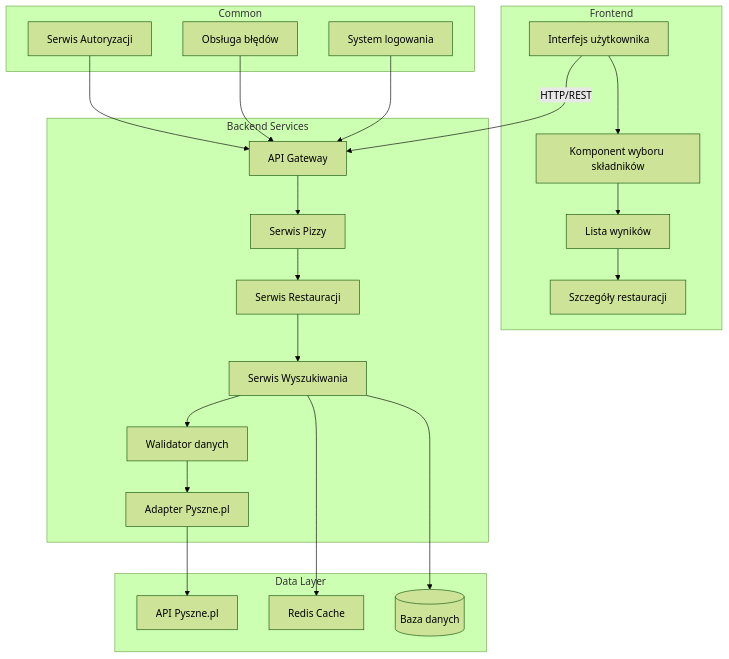
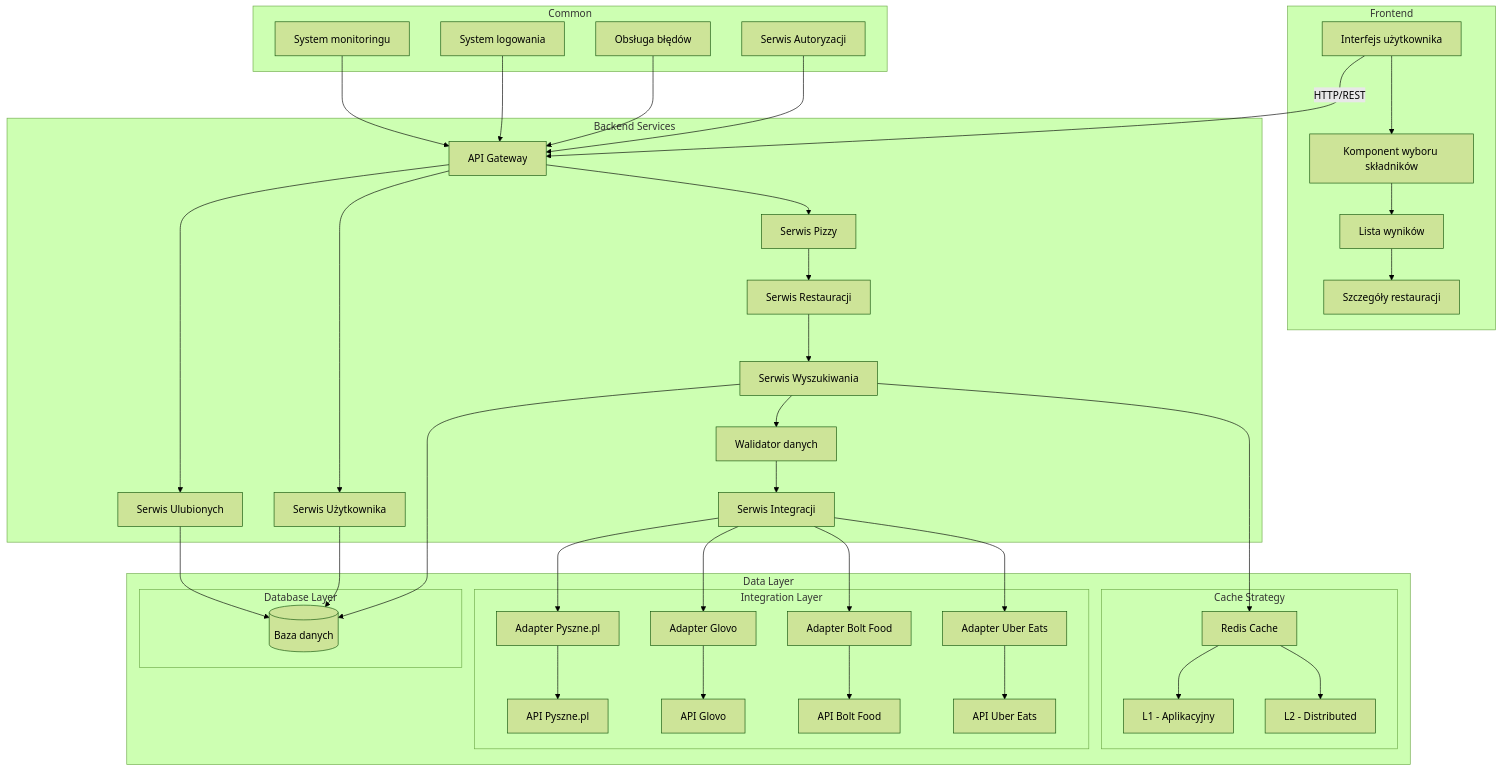
Before and after one commit to elkolorado/wsei-inzynieria: the diagram in lab3.md, drawn with Mermaid (forest theme). The commit also changed other lines of this file, not shown here.

````diff
--- a/lab3.md
+++ b/lab3.md
@@ -123,34 +125,61 @@
 ```mermaid
 flowchart TD
     subgraph Frontend
         UI[Interfejs użytkownika] --> PizzaSelector[Komponent wyboru składników]
         PizzaSelector --> ResultsList[Lista wyników]
         ResultsList --> RestaurantDetails[Szczegóły restauracji]
     end
 
     subgraph Backend Services
         APIGateway[API Gateway] --> PizzaService[Serwis Pizzy]
+        APIGateway --> UserService[Serwis Użytkownika]
+        APIGateway --> FavoritesService[Serwis Ulubionych]
         PizzaService --> RestaurantService[Serwis Restauracji]
         RestaurantService --> SearchService[Serwis Wyszukiwania]
         
         SearchService --> DataValidator[Walidator danych]
-        DataValidator --> PyszneAdapter[Adapter Pyszne.pl]
+        DataValidator --> IntegrationService[Serwis Integracji]
     end
 
-    subgraph Data Layer
-        PyszneAdapter --> PyszneAPI[API Pyszne.pl]
-        SearchService --> Cache[Redis Cache]
-        SearchService --> Database[(Baza danych)]
+   subgraph Data Layer
+   
+               subgraph Cache Strategy
+               Cache --> L1Cache[L1 - Aplikacyjny]
+               Cache --> L2Cache[L2 - Distributed]
+         end
+
+      subgraph Integration Layer
+         IntegrationService --> PyszneAdapter[Adapter Pyszne.pl]
+         IntegrationService --> GloveAdapter[Adapter Glovo]
+         IntegrationService --> BoltAdapter[Adapter Bolt Food]
+         IntegrationService --> UberAdapter[Adapter Uber Eats]
+         
+         PyszneAdapter --> PyszneAPI[API Pyszne.pl]
+         GloveAdapter --> GlovoAPI[API Glovo]
+         BoltAdapter --> BoltAPI[API Bolt Food]
+         UberAdapter --> UberAPI[API Uber Eats]
+      end
+
+      subgraph Database Layer
+         SearchService --> Cache[Redis Cache]
+         SearchService --> Database[(Baza danych)]
+         UserService --> Database
+         FavoritesService --> Database
+         
+
+      end
     end
 
     subgraph Common
         AuthService[Serwis Autoryzacji]
         ErrorHandler[Obsługa błędów]
         Logger[System logowania]
+        Monitoring[System monitoringu]
     end
 
     UI -->|HTTP/REST| APIGateway
     AuthService --> APIGateway
     ErrorHandler --> APIGateway
     Logger --> APIGateway
+    Monitoring --> APIGateway
 ```
````
